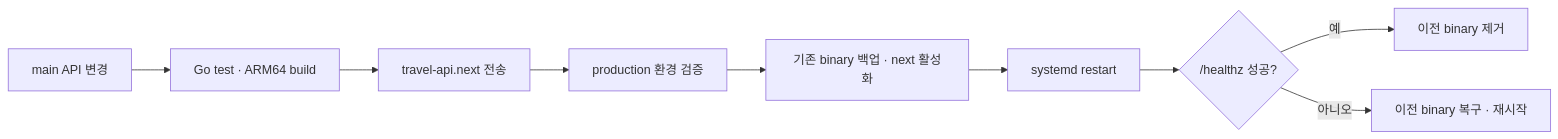
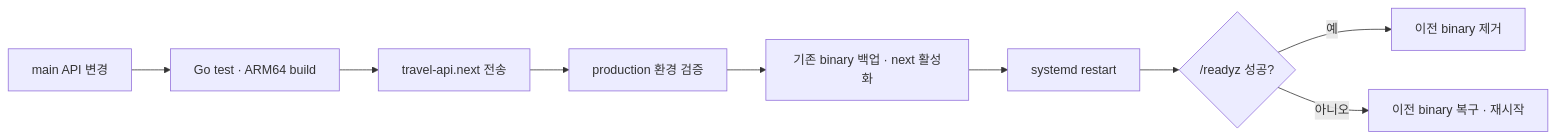
One commit to hjh6709/for_Kagoshima_travel changed the diagram in docs/ORACLE_VM_DEPLOYMENT_RUNBOOK.md. Above: the diagram before and after it, drawn with Mermaid. The commit also changed other lines of this file and 12 other files, not shown here.

````diff
--- a/docs/ORACLE_VM_DEPLOYMENT_RUNBOOK.md
+++ b/docs/ORACLE_VM_DEPLOYMENT_RUNBOOK.md
@@ -7,11 +7,11 @@
 ```mermaid
 flowchart LR
   Merge["main API 변경"] --> Build["Go test · ARM64 build"]
   Build --> Upload["travel-api.next 전송"]
   Upload --> Validate["production 환경 검증"]
   Validate --> Swap["기존 binary 백업 · next 활성화"]
   Swap --> Restart["systemd restart"]
-  Restart --> Health{"/healthz 성공?"}
-  Health -->|예| Done["이전 binary 제거"]
-  Health -->|아니오| Rollback["이전 binary 복구 · 재시작"]
+  Restart --> Ready{"/readyz 성공?"}
+  Ready -->|예| Done["이전 binary 제거"]
+  Ready -->|아니오| Rollback["이전 binary 복구 · 재시작"]
 ```
````
